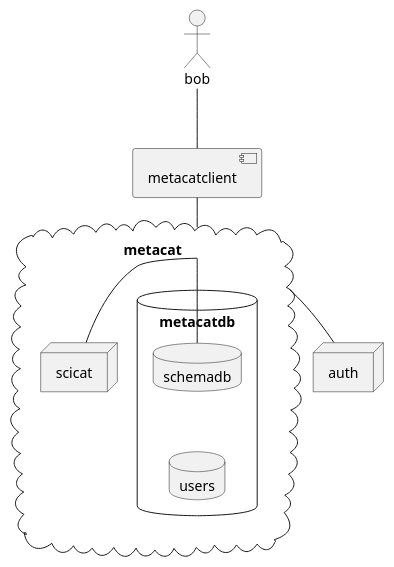
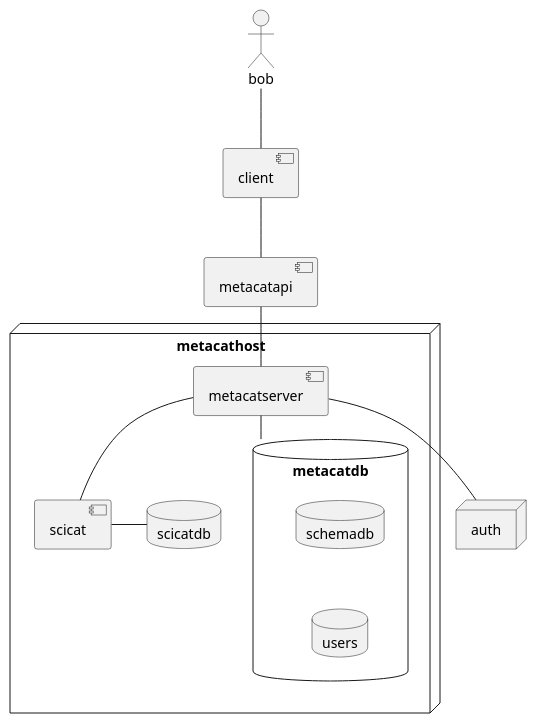
Before and after one commit to dezed-ukaea/metacat: the first of 3 diagrams in metacat/README.md, drawn with PlantUML. The commit also changed other lines of this file and 11 other files, not shown here.

````diff
--- a/metacat/README.md
+++ b/metacat/README.md
@@ -8,21 +60,31 @@
 ```plantuml
 @startuml
 actor bob  
-component metacatclient 
-cloud metacat{ 
-                                                                                                                                       
-node scicat 
+component client 
+
+component metacatapi
+client -- metacatapi
+node metacathost{ 
+
+component metacatserver  
+together {                                                                                                                      
+component scicat 
+database scicatdb
+}
+scicat - scicatdb
+
 database metacatdb {
 database schemadb
 database users
 schemadb -[hidden]- users
 }
 } 
 node auth
-metacat -- auth 
-bob -- metacatclient
-metacatclient --metacat
-metacat -- schemadb
-metacat --scicat
+metacatserver -- auth 
+bob -- client
+metacatapi --metacatserver
+metacatserver -- metacatdb
+metacatserver -- scicat
+
 @enduml
 ```
````
